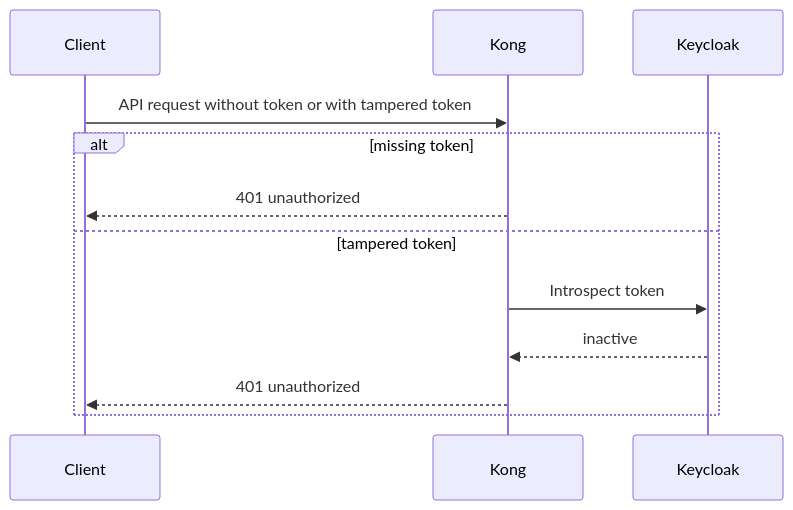
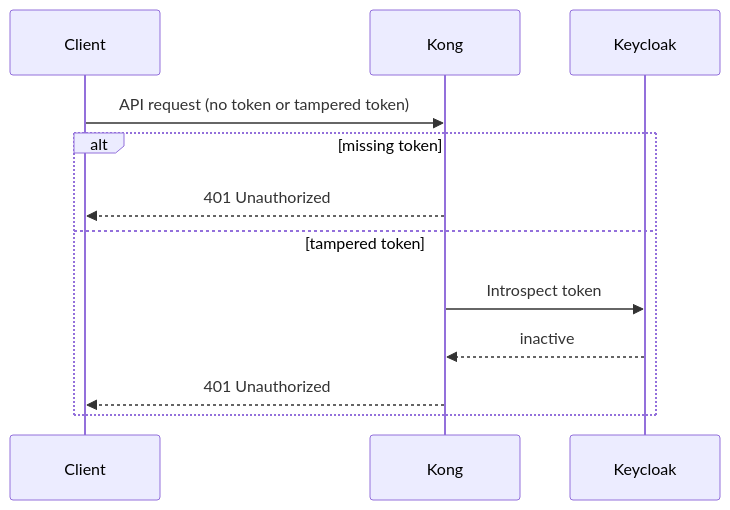
Before and after one commit to geekchow/micro-service-auth: the fifth of 5 diagrams in docs/03-request-flows.md, drawn with Mermaid. The commit also changed other lines of this file, not shown here.

Commit message:
docs: rewrite 03 request flows with template

````diff
--- a/docs/03-request-flows.md
+++ b/docs/03-request-flows.md
@@ -133,15 +156,15 @@
 ```mermaid
 sequenceDiagram
     participant C as Client
     participant G as Kong
     participant K as Keycloak
 
-    C->>G: API request without token or with tampered token
+    C->>G: API request (no token or tampered token)
     alt missing token
-        G-->>C: 401 unauthorized
+        G-->>C: 401 Unauthorized
     else tampered token
         G->>K: Introspect token
         K-->>G: inactive
-        G-->>C: 401 unauthorized
+        G-->>C: 401 Unauthorized
     end
 ```
````
